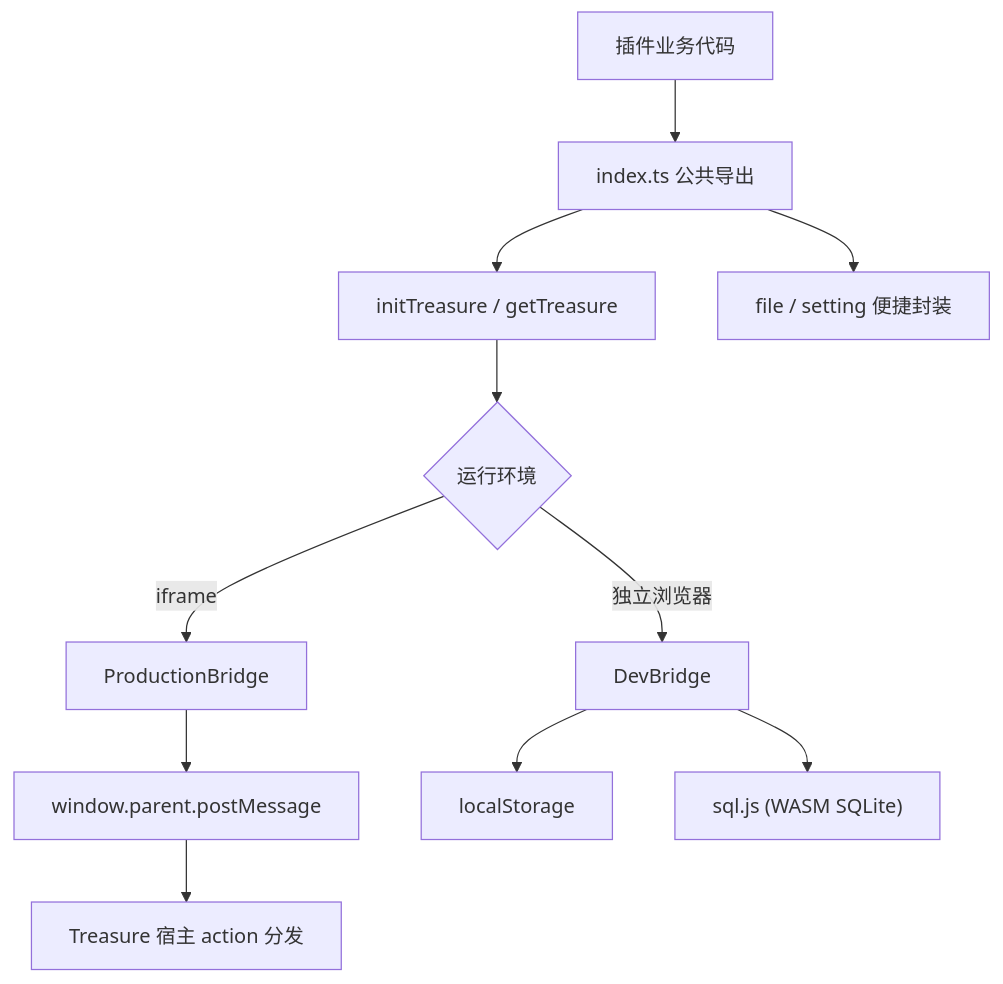
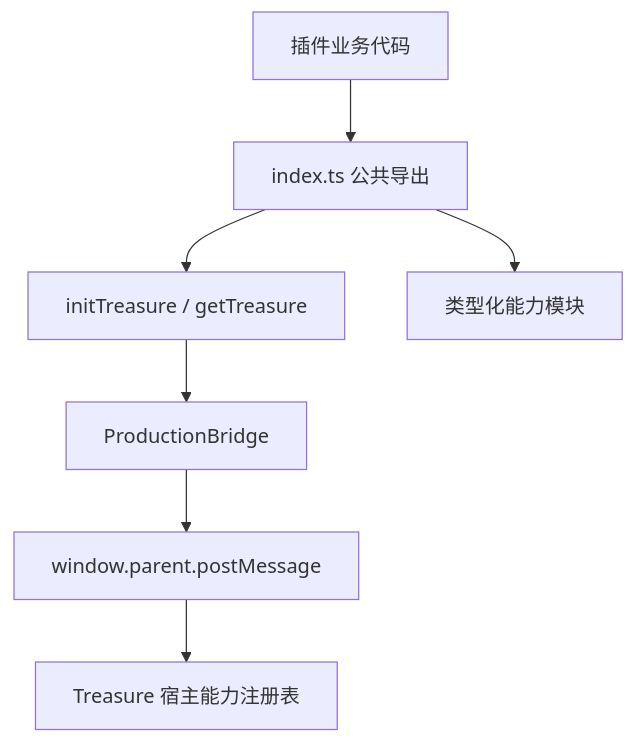
One commit to Luzenrocy/treasure-sdk changed the third of 4 diagrams in README.md. Above: the diagram before and after it, drawn with Mermaid. The commit also changed other lines of this file and 26 other files, not shown here.

````diff
--- a/README.md
+++ b/README.md
@@ -96,13 +96,9 @@
 ```mermaid
 flowchart TB
   A["插件业务代码"] --> I["index.ts 公共导出"]
   I --> B["initTreasure / getTreasure"]
-  I --> W["file / setting 便捷封装"]
-  B --> E{"运行环境"}
-  E -->|"iframe"| PB["ProductionBridge"]
-  E -->|"独立浏览器"| DB["DevBridge"]
+  I --> W["类型化能力模块"]
+  B --> PB["ProductionBridge"]
   PB --> PM["window.parent.postMessage"]
-  PM --> HB["Treasure 宿主 action 分发"]
-  DB --> LS["localStorage"]
-  DB --> SQL["sql.js (WASM SQLite)"]
+  PM --> HB["Treasure 宿主能力注册表"]
 ```
````
